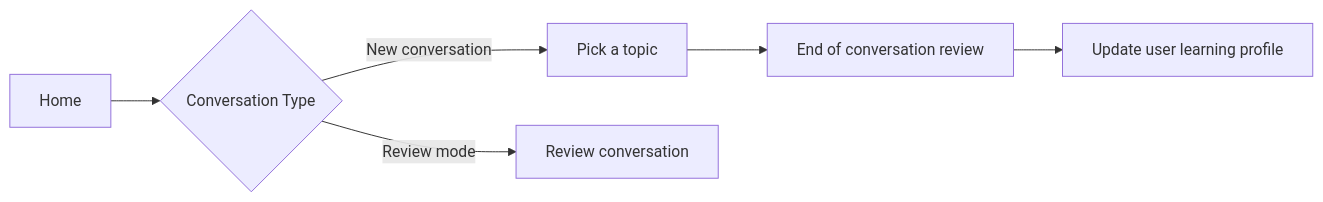
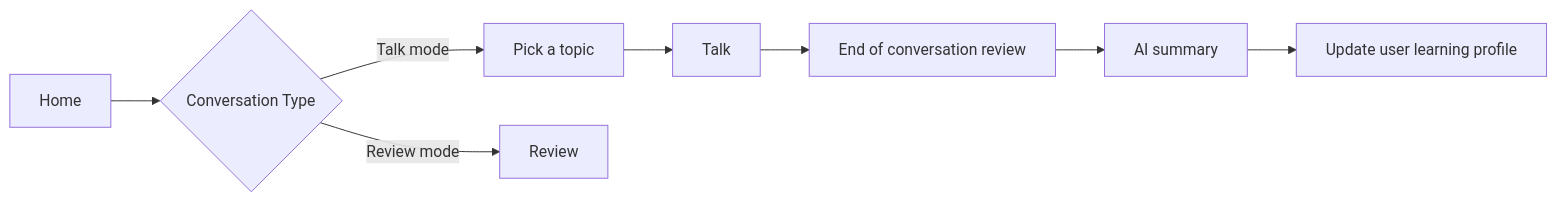
One commit to yhc1/talkco changed the diagram in CLAUDE.md. Above: the diagram before and after it, drawn with Mermaid. The commit also changed 9 other files, not shown here.

First line of the commit message:
feat: add quick review section to profile, replacing weak points display

````diff
--- a/CLAUDE.md
+++ b/CLAUDE.md
@@ -19,8 +19,10 @@
 ```mermaid
 flowchart LR
     A[Home] --> B{Conversation Type}
-    B -->|New conversation| C[Pick a topic]
-    B -->|Review mode| D[Review conversation]
-    C --> E[End of conversation review]
-    E --> F[Update user learning profile]
+    B -->|Talk mode| C[Pick a topic]
+    B -->|Review mode| D[Review]
+    C --> E[Talk]
+    E --> F[End of conversation review]
+    F --> G[AI summary]
+    G --> H[Update user learning profile]
 ```
````
